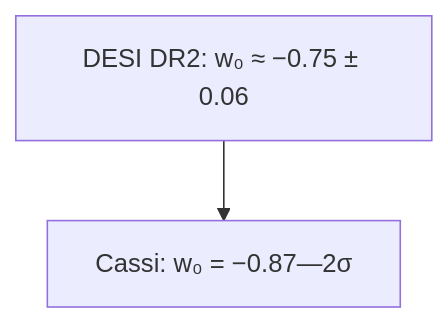
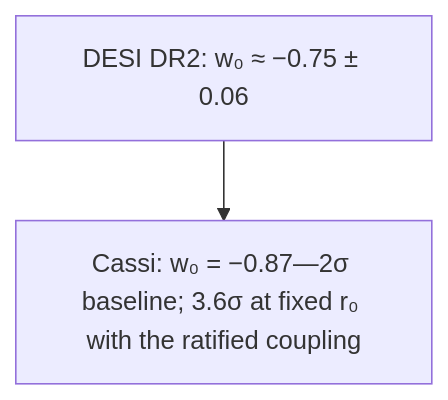
Diagram 30 of 38 in CassiTheory/open-questions-cassi-answers.md (CassiTheOracle/cassi), drawn with Mermaid before and after one commit. The commit also changed other lines of this file and 13 other files, not shown here.

First line of the commit message:
docs: land w_a tension re-anchor from the ratified conversion→expansion coupling

````diff
--- a/CassiTheory/open-questions-cassi-answers.md
+++ b/CassiTheory/open-questions-cassi-answers.md
@@ -856,4 +856,4 @@
 ```mermaid
 flowchart TD
-    A[DESI DR2: w₀ ≈ −0.75 ± 0.06] --> B[Cassi: w₀ = −0.87—2σ]
+    A[DESI DR2: w₀ ≈ −0.75 ± 0.06] --> B[Cassi: w₀ = −0.87—2σ baseline; 3.6σ at fixed r₀ with the ratified coupling]
 ```
````
